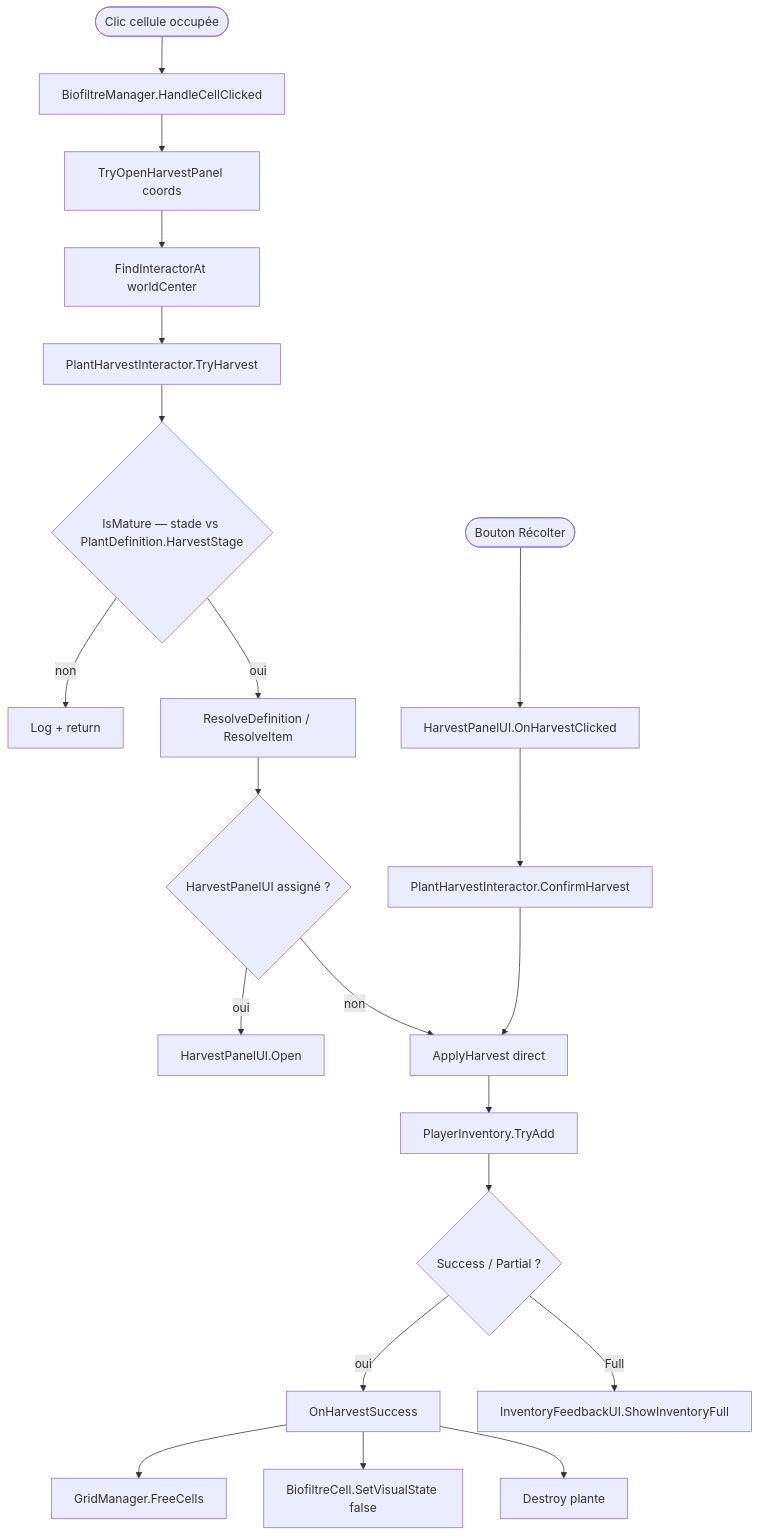
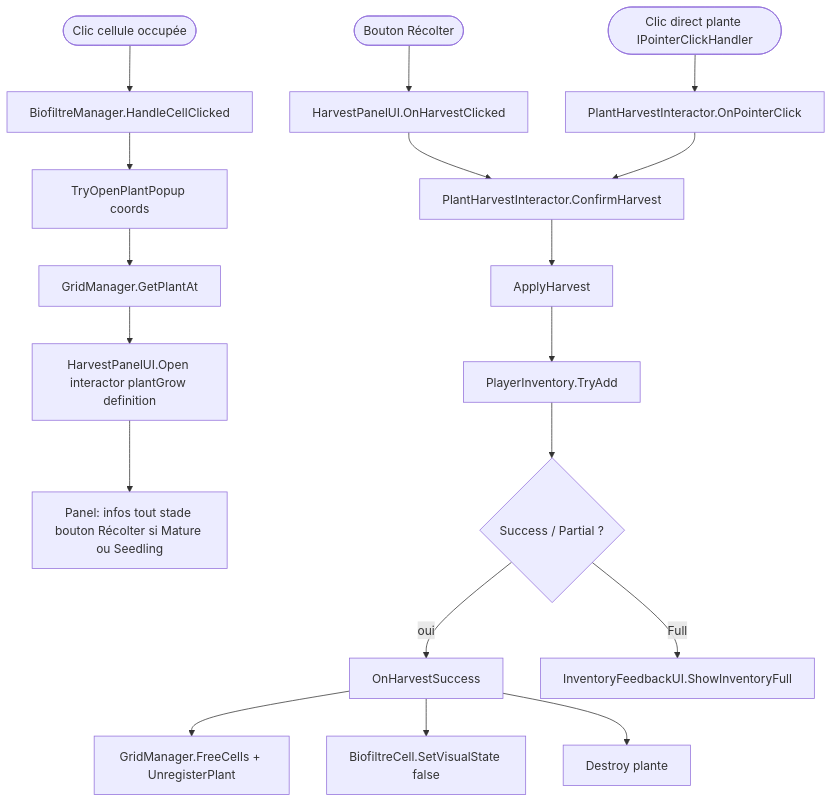
Before and after one commit to madhackademie/RaymanInifiteRunner: the sixth of 8 diagrams in Notes/Farm/SYSTEMES_carte_mentale.md, drawn with Mermaid. The commit also changed other lines of this file and 10 other files, not shown here.

````diff
--- a/Notes/Farm/SYSTEMES_carte_mentale.md
+++ b/Notes/Farm/SYSTEMES_carte_mentale.md
@@ -166,25 +166,22 @@
 ```mermaid
 flowchart TD
   C([Clic cellule occupée]) --> Mgr[BiofiltreManager.HandleCellClicked]
-  Mgr --> Try[TryOpenHarvestPanel coords]
-  Try --> Find[FindInteractorAt worldCenter]
-  Find --> TH[PlantHarvestInteractor.TryHarvest]
+  Mgr --> Pop[TryOpenPlantPopup coords]
+  Pop --> Get[GridManager.GetPlantAt]
+  Get --> Open[HarvestPanelUI.Open interactor plantGrow definition]
 
-  TH --> Mat{IsMature — stade vs PlantDefinition.HarvestStage}
-  Mat -->|non| Log[Log + return]
-  Mat -->|oui| Res[ResolveDefinition / ResolveItem]
-  Res --> Pan{HarvestPanelUI assigné ?}
-  Pan -->|oui| Open[HarvestPanelUI.Open]
-  Pan -->|non| App[ApplyHarvest direct]
-
+  Open --> UI[Panel: infos tout stade bouton Récolter si Mature ou Seedling]
   Btn([Bouton Récolter]) --> OH[HarvestPanelUI.OnHarvestClicked]
   OH --> CH[PlantHarvestInteractor.ConfirmHarvest]
-  CH --> App
+  CH --> App[ApplyHarvest]
   App --> TryAdd[PlayerInventory.TryAdd]
   TryAdd --> Succ{Success / Partial ?}
   Succ -->|oui| OK[OnHarvestSuccess]
-  OK --> Free[GridManager.FreeCells]
+  OK --> Free[GridManager.FreeCells + UnregisterPlant]
   OK --> Vis[BiofiltreCell.SetVisualState false]
   OK --> Des[Destroy plante]
   Succ -->|Full| FB[InventoryFeedbackUI.ShowInventoryFull]
+
+  Ptr([Clic direct plante IPointerClickHandler]) --> CH2[PlantHarvestInteractor.OnPointerClick]
+  CH2 --> CH
 ```
````
